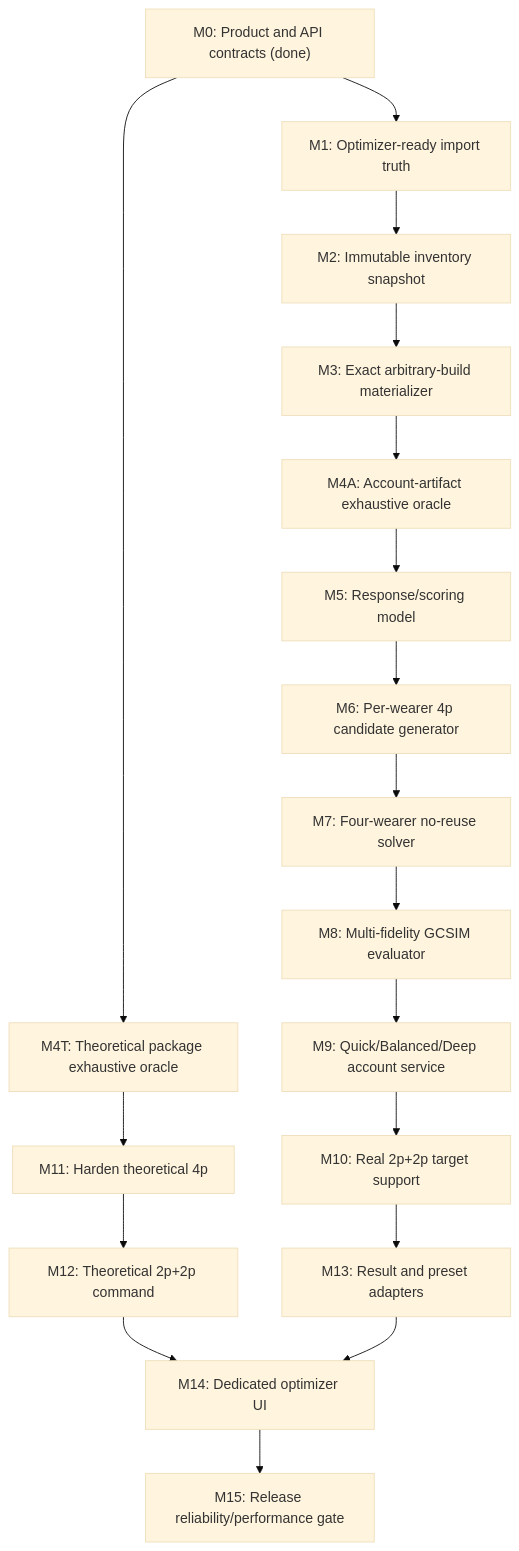
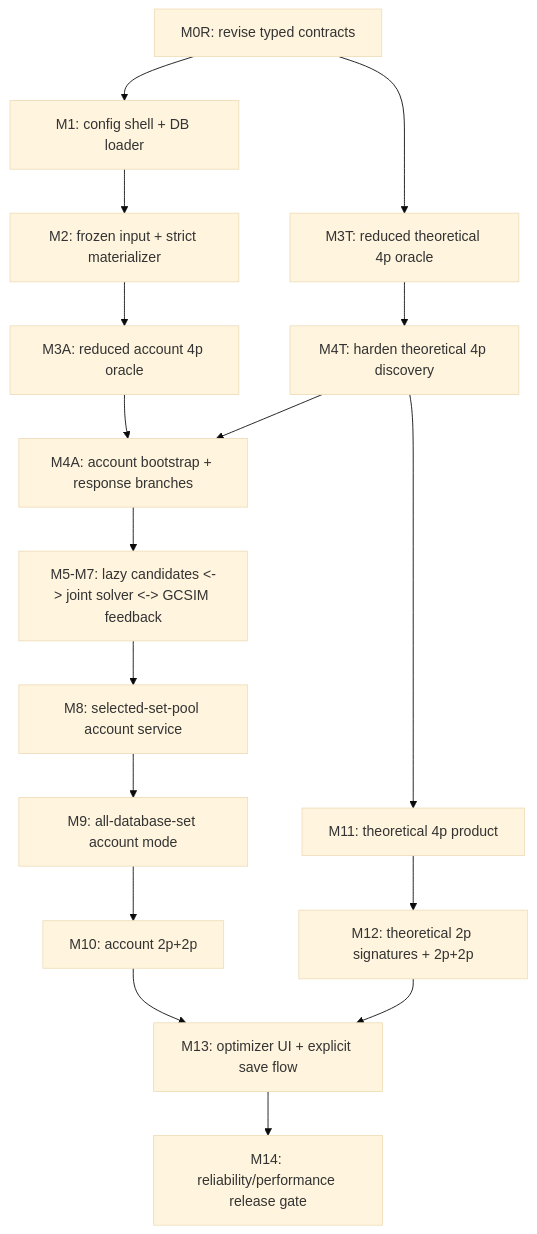
Before and after one commit to Tifiat/GenshinTeamsTracker: the diagram in docs/handoff/GCSIM_ACCOUNT_ARTIFACT_OPTIMIZER_PIPELINE.md, drawn with Mermaid (base theme). The commit also changed other lines of this file and 39 other files, not shown here.

````diff
--- a/docs/handoff/GCSIM_ACCOUNT_ARTIFACT_OPTIMIZER_PIPELINE.md
+++ b/docs/handoff/GCSIM_ACCOUNT_ARTIFACT_OPTIMIZER_PIPELINE.md
@@ -146,22 +216,23 @@
 ```mermaid
 flowchart TD
-    M0["M0: Product and API contracts (done)"] --> M1["M1: Optimizer-ready import truth"]
-    M1 --> M2["M2: Immutable inventory snapshot"]
-    M2 --> M3["M3: Exact arbitrary-build materializer"]
-    M3 --> M4A["M4A: Account-artifact exhaustive oracle"]
-    M0 --> M4T["M4T: Theoretical package exhaustive oracle"]
-    M4A --> M5["M5: Response/scoring model"]
-    M5 --> M6["M6: Per-wearer 4p candidate generator"]
-    M6 --> M7["M7: Four-wearer no-reuse solver"]
-    M7 --> M8["M8: Multi-fidelity GCSIM evaluator"]
-    M8 --> M9["M9: Quick/Balanced/Deep account service"]
-    M9 --> M10["M10: Real 2p+2p target support"]
+    M0R["M0R: revise typed contracts"] --> M1["M1: config shell + DB loader"]
+    M1 --> M2["M2: frozen input + strict materializer"]
+    M2 --> M3A["M3A: reduced account 4p oracle"]
+    M0R --> M3T["M3T: reduced theoretical 4p oracle"]
 
-    M4T --> M11["M11: Harden theoretical 4p"]
-    M11 --> M12["M12: Theoretical 2p+2p command"]
+    M3T --> M4T["M4T: harden theoretical 4p discovery"]
+    M3A --> M4A["M4A: account bootstrap + response branches"]
+    M4T --> M4A
 
-    M10 --> M13["M13: Result and preset adapters"]
-    M12 --> M14["M14: Dedicated optimizer UI"]
-    M13 --> M14
-    M14 --> M15["M15: Release reliability/performance gate"]
+    M4A --> LOOP["M5-M7: lazy candidates <-> joint solver <-> GCSIM feedback"]
+    LOOP --> M8["M8: selected-set-pool account service"]
+    M8 --> M9["M9: all-database-set account mode"]
+    M9 --> M10["M10: account 2p+2p"]
+
+    M4T --> M11["M11: theoretical 4p product"]
+    M11 --> M12["M12: theoretical 2p signatures + 2p+2p"]
+
+    M10 --> M13["M13: optimizer UI + explicit save flow"]
+    M12 --> M13
+    M13 --> M14["M14: reliability/performance release gate"]
 ```
````
